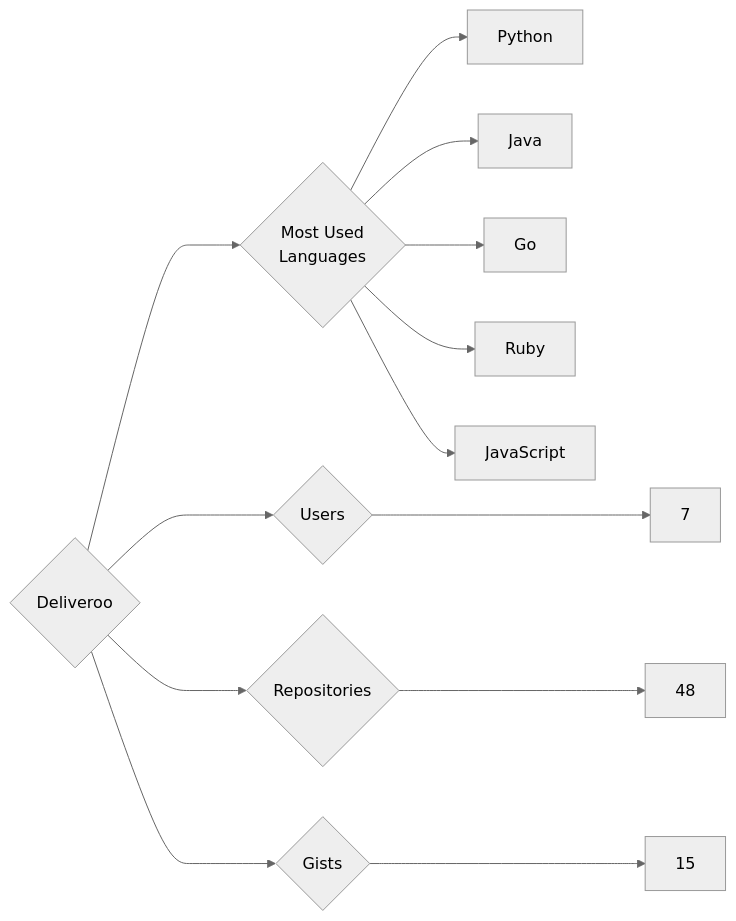
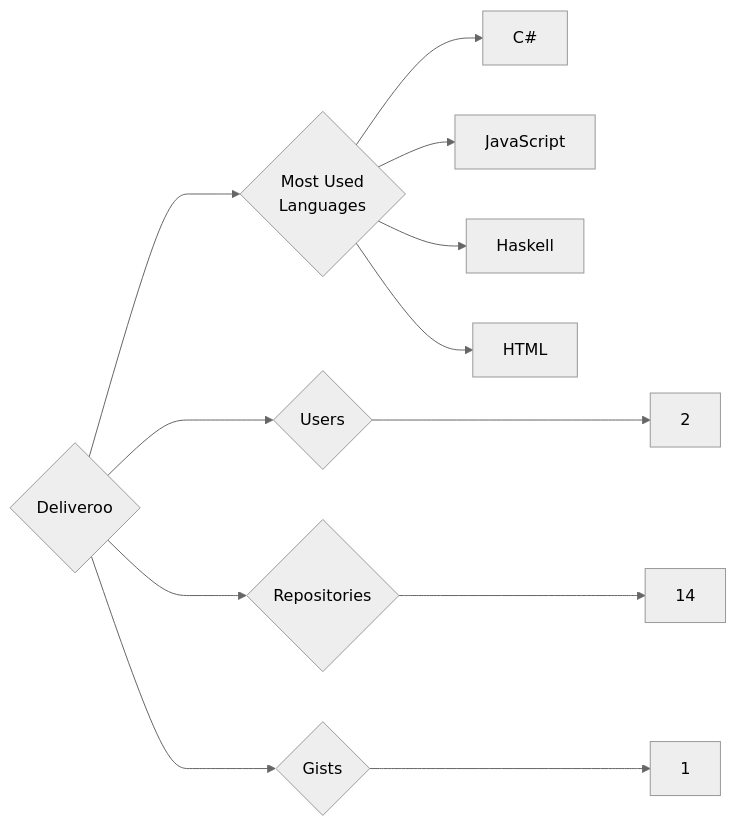
One commit to trickest/insiders changed the diagram in targets/Deliveroo/README.md. Above: the diagram before and after it, drawn with Mermaid (neutral theme). The commit also changed 865 other files, not shown here.

````diff
--- a/targets/Deliveroo/README.md
+++ b/targets/Deliveroo/README.md
@@ -3,13 +3,12 @@
 ```mermaid
 graph LR
 COMPANY_NAME{Deliveroo}
-COMPANY_NAME ---> U{Users} ---> UN[7]
-COMPANY_NAME ---> R{Repositories} ---> RN[48]
-COMPANY_NAME ---> G{Gists} ---> GN[15]
+COMPANY_NAME ---> U{Users} ---> UN[2]
+COMPANY_NAME ---> R{Repositories} ---> RN[14]
+COMPANY_NAME ---> G{Gists} ---> GN[1]
 COMPANY_NAME ---> ML{Most Used<br>Languages}
-ML --> Python[Python]
-ML --> Java[Java]
-ML --> Go[Go]
-ML --> Ruby[Ruby]
+ML --> C#[C#]
 ML --> JavaScript[JavaScript]
+ML --> Haskell[Haskell]
+ML --> HTML[HTML]
 ```
````
